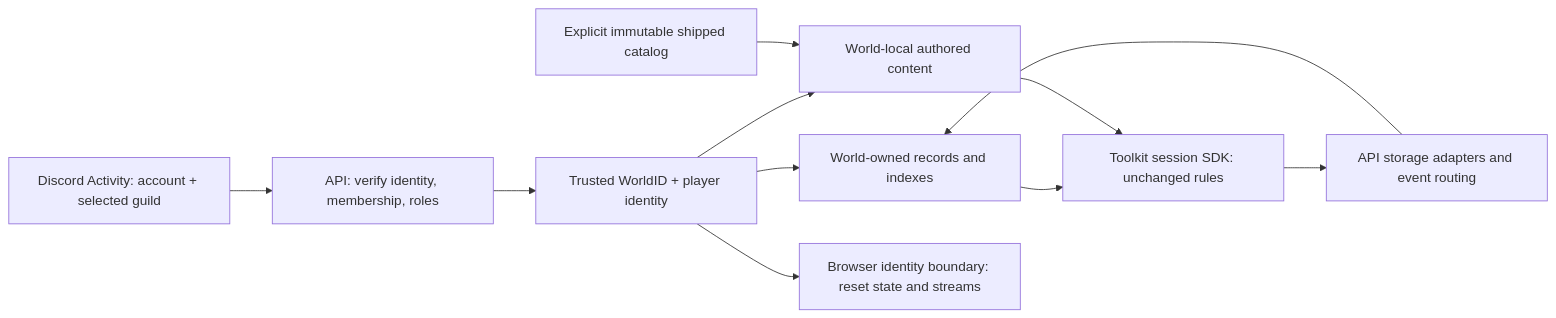
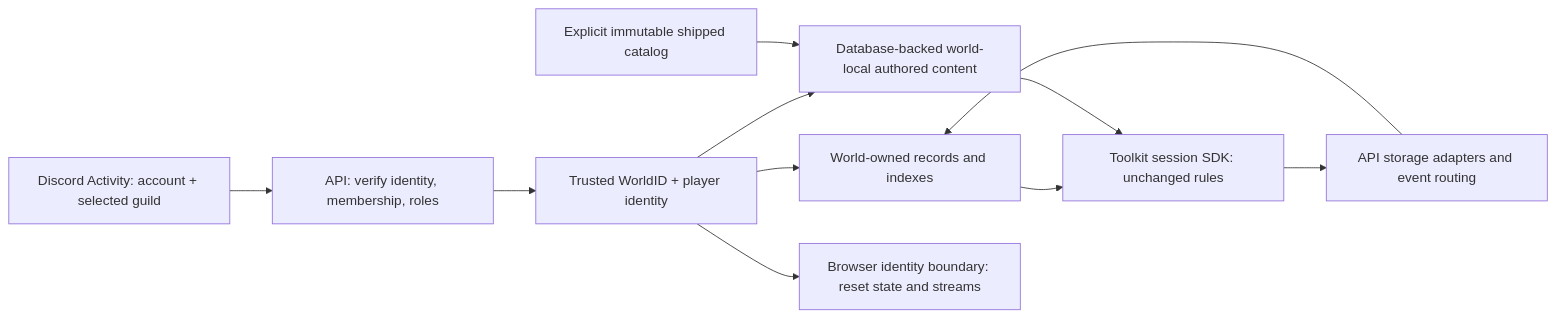
Before and after one commit to KirkDiggler/rpg-project: the first of 2 diagrams in ideas/discord-worlds/plan.md, drawn with Mermaid. The commit also changed other lines of this file, not shown here.

First line of the commit message:
docs: plan database-backed server-owned dungeon sources

````diff
--- a/ideas/discord-worlds/plan.md
+++ b/ideas/discord-worlds/plan.md
@@ -30,13 +32,13 @@
 ```mermaid
 flowchart LR
     A[Discord Activity: account + selected guild] --> B[API: verify identity, membership, roles]
     B --> C[Trusted WorldID + player identity]
     C --> D[World-owned records and indexes]
-    C --> E[World-local authored content]
+    C --> E[Database-backed world-local authored content]
     D --> F[Toolkit session SDK: unchanged rules]
     F --> G[API storage adapters and event routing]
     G --> D
     E --> F
     H[Explicit immutable shipped catalog] --> E
     C --> I[Browser identity boundary: reset state and streams]
 ```
````
